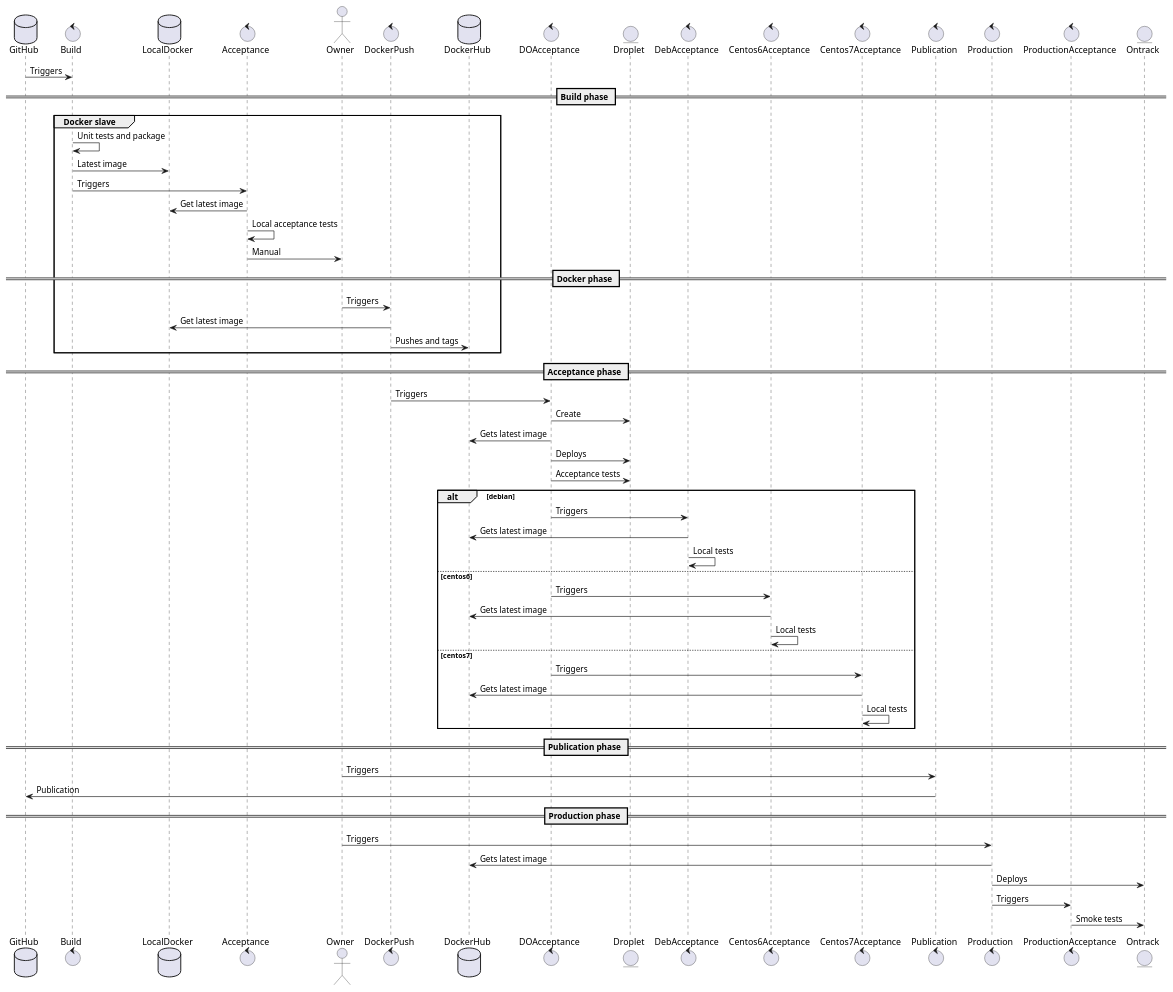
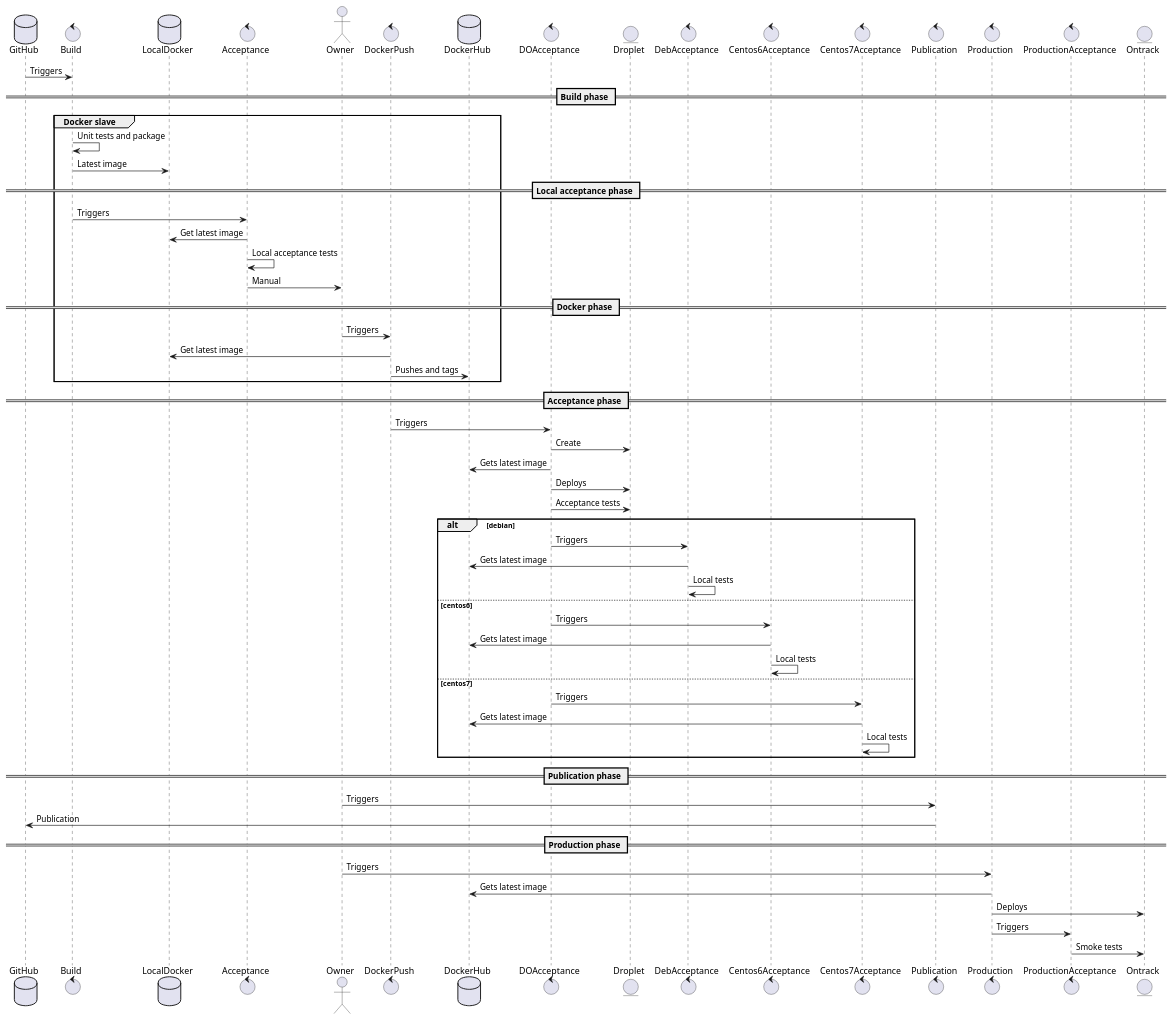
One commit to echalkpad/ontrack changed the diagram in doc/pipeline.md. Above: the diagram before and after it, drawn with PlantUML. The commit also changed 1 other file, not shown here.

Commit message:
Jenkinsfile - version + local acceptance tests

```diff
--- a/doc/pipeline.md
+++ b/doc/pipeline.md
@@ -4,71 +4,74 @@
 @startuml
 database GitHub
 control Build
 database LocalDocker
 control Acceptance
 actor Owner
 control DockerPush
 database DockerHub
 control DOAcceptance
 entity Droplet
 control DebAcceptance
 control Centos6Acceptance
 control Centos7Acceptance
 control Publication
 control Production
 control ProductionAcceptance
 entity Ontrack
 
 GitHub -> Build: Triggers
 
 == Build phase ==
 
 group Docker slave
     Build -> Build: Unit tests and package
     Build -> LocalDocker: Latest image
+
+== Local acceptance phase ==
+    
     Build -> Acceptance: Triggers
     Acceptance -> LocalDocker: Get latest image
     Acceptance -> Acceptance: Local acceptance tests
     Acceptance -> Owner: Manual
     == Docker phase ==
     Owner -> DockerPush: Triggers
     DockerPush -> LocalDocker: Get latest image
     DockerPush -> DockerHub: Pushes and tags
 end
 
 == Acceptance phase ==
 
 DockerPush -> DOAcceptance: Triggers
 DOAcceptance -> Droplet: Create
 DOAcceptance -> DockerHub: Gets latest image
 DOAcceptance -> Droplet: Deploys
 DOAcceptance -> Droplet: Acceptance tests
 
 alt debian
     DOAcceptance -> DebAcceptance: Triggers
     DebAcceptance -> DockerHub: Gets latest image
     DebAcceptance -> DebAcceptance: Local tests
 else centos6
     DOAcceptance -> Centos6Acceptance: Triggers
     Centos6Acceptance -> DockerHub: Gets latest image
     Centos6Acceptance -> Centos6Acceptance: Local tests
 else centos7
     DOAcceptance -> Centos7Acceptance: Triggers
     Centos7Acceptance -> DockerHub: Gets latest image
     Centos7Acceptance -> Centos7Acceptance: Local tests
 end
 
 == Publication phase ==
 
 Owner -> Publication: Triggers
 Publication -> GitHub: Publication
 
 == Production phase ==
 
 Owner -> Production: Triggers
 Production -> DockerHub: Gets latest image
 Production -> Ontrack: Deploys
 Production -> ProductionAcceptance: Triggers
 ProductionAcceptance -> Ontrack: Smoke tests
 
 @enduml
```
